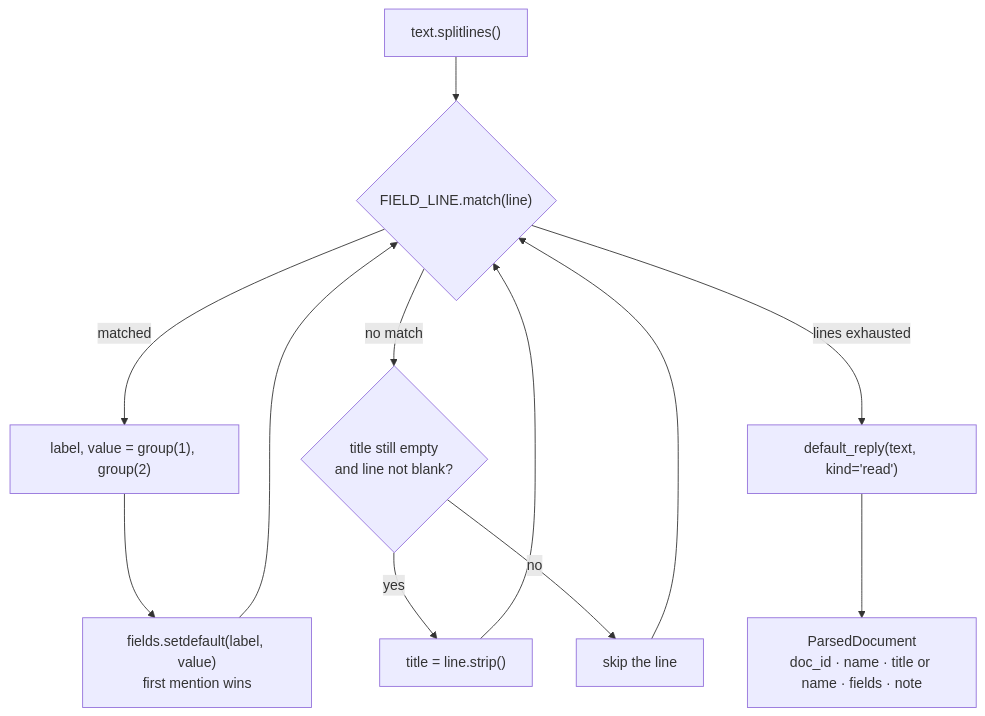
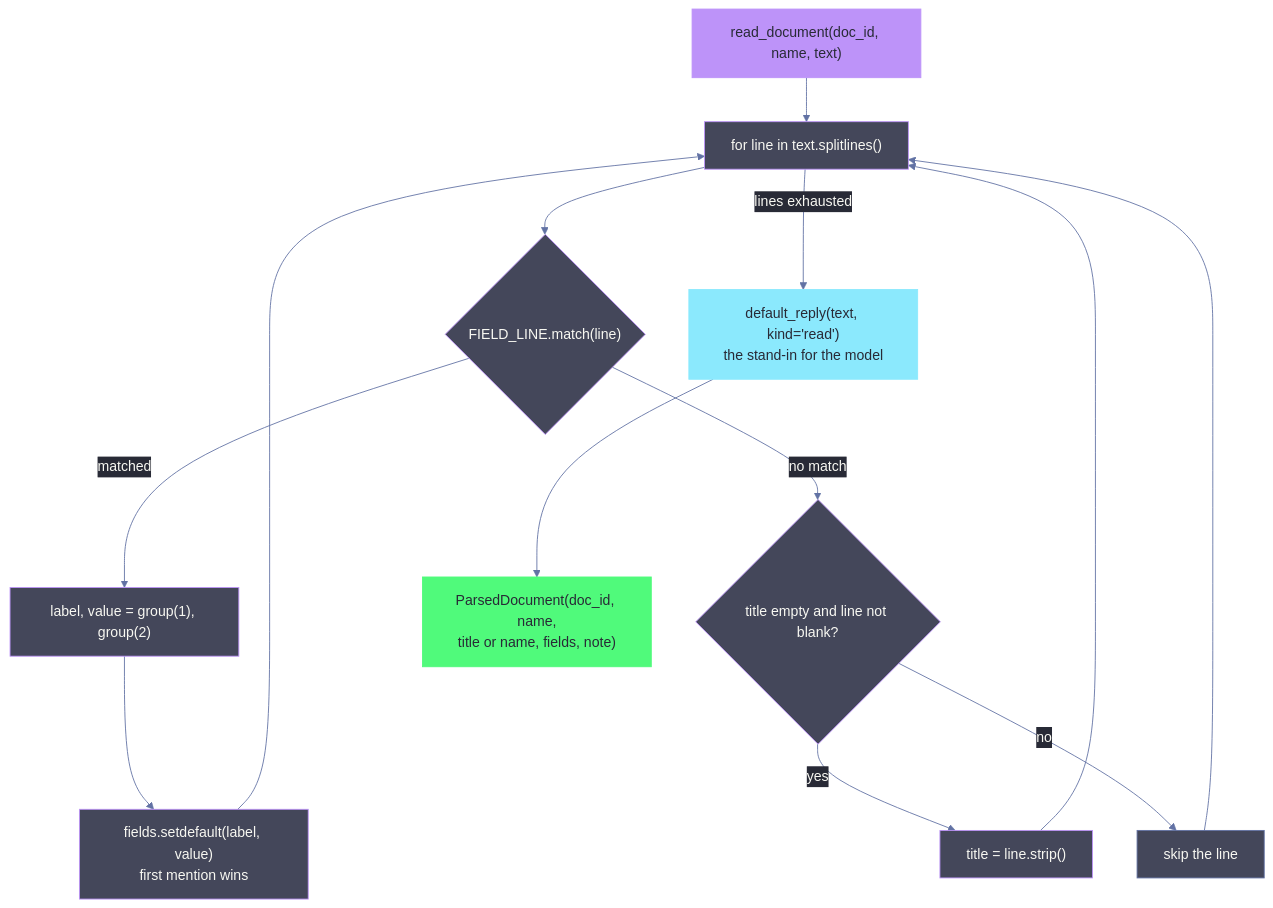
Diagram 13 of 39 in API_FLOW.md (selvakumarperumal/tfd_prototype), drawn with Mermaid before and after one commit. The commit also changed other lines of this file, not shown here.

Commit message:
Update API flow documentation

````diff
--- a/API_FLOW.md
+++ b/API_FLOW.md
@@ -377,14 +497,26 @@
 ```mermaid
+%%{init:{'theme':'base','themeVariables':{'darkMode':true,'background':'#282a36','mainBkg':'#44475a','primaryColor':'#44475a','primaryTextColor':'#f8f8f2','primaryBorderColor':'#bd93f9','lineColor':'#6272a4','textColor':'#f8f8f2','nodeBorder':'#bd93f9','clusterBkg':'#21222c','clusterBorder':'#6272a4','edgeLabelBackground':'#282a36','actorBkg':'#44475a','actorBorder':'#bd93f9','actorTextColor':'#f8f8f2','actorLineColor':'#6272a4','signalColor':'#f8f8f2','signalTextColor':'#f8f8f2','noteBkgColor':'#414458','noteBorderColor':'#ffb86c','noteTextColor':'#f8f8f2','activationBkgColor':'#6272a4','activationBorderColor':'#bd93f9','labelBoxBkgColor':'#44475a','labelBoxBorderColor':'#bd93f9','labelTextColor':'#f8f8f2','loopTextColor':'#f8f8f2','sequenceNumberColor':'#282a36'}}}%%
 flowchart TD
-    A["text.splitlines()"] --> B{"FIELD_LINE.match(line)"}
-    B -->|matched| C["label, value = group(1), group(2)"]
-    C --> D["fields.setdefault(label, value)<br/>first mention wins"]
-    D --> B
-    B -->|no match| E{"title still empty<br/>and line not blank?"}
-    E -->|yes| F["title = line.strip()"]
-    E -->|no| G["skip the line"]
-    F --> B
+    A["read_document(doc_id, name, text)"] --> B["for line in text.splitlines()"]
+    B --> C{"FIELD_LINE.match(line)"}
+    C -->|matched| D["label, value = group(1), group(2)"]
+    D --> E["fields.setdefault(label, value)<br/>first mention wins"]
+    E --> B
+    C -->|no match| F{"title empty and line not blank?"}
+    F -->|yes| G["title = line.strip()"]
+    F -->|no| H["skip the line"]
     G --> B
-    B -->|lines exhausted| H["default_reply(text, kind='read')"]
-    H --> I["ParsedDocument<br/>doc_id · name · title or name · fields · note"]
+    H --> B
+    B -->|lines exhausted| I["default_reply(text, kind='read')<br/>the stand-in for the model"]
+    I --> J["ParsedDocument(doc_id, name,<br/>title or name, fields, note)"]
+
+    class A entry
+    class I fn
+    class J ok
+    class H idle
+
+    classDef entry fill:#bd93f9,stroke:#bd93f9,color:#282a36
+    classDef fn fill:#8be9fd,stroke:#8be9fd,color:#282a36
+    classDef ok fill:#50fa7b,stroke:#50fa7b,color:#282a36
+    classDef idle fill:#44475a,stroke:#6272a4,color:#f8f8f2
 ```
````
